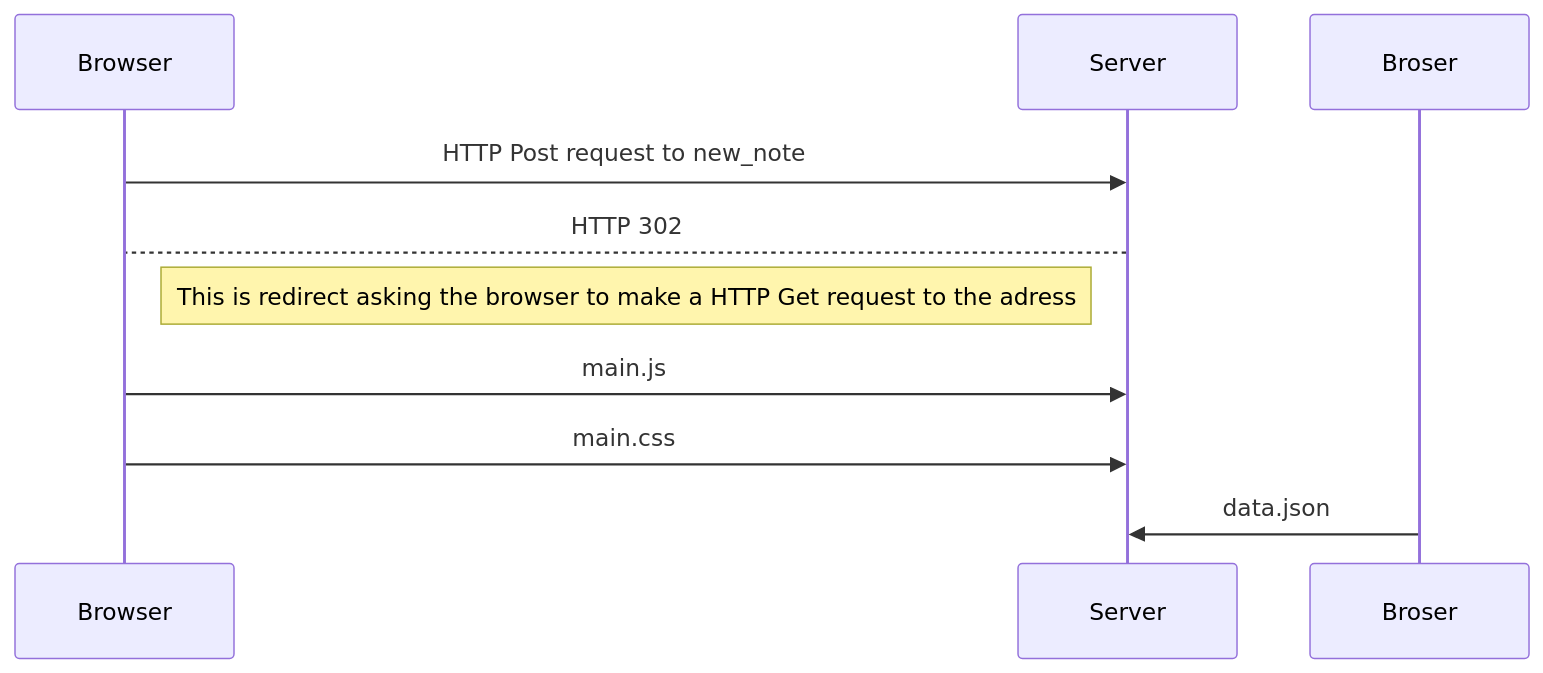
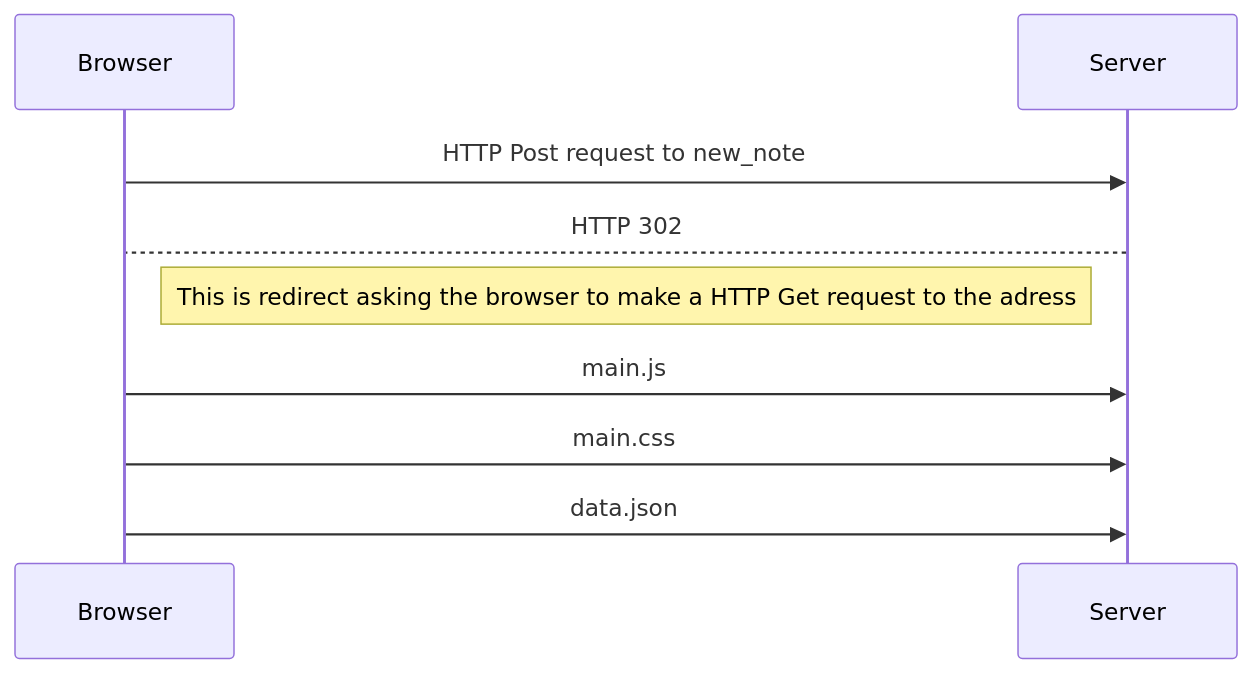
One commit to Bazax/FullstackSubmissions changed the diagram in part0/0.4:new note diagram.md. Above: the diagram before and after it, drawn with Mermaid.

Commit message:
Update 0.4:new note diagram.md

````diff
--- a/part0/0.4:new note diagram.md
+++ b/part0/0.4:new note diagram.md
@@ -2,10 +2,10 @@
 ```mermaid
 sequenceDiagram
     Browser->>Server: HTTP Post request to new_note
     Server-->Browser: HTTP 302
     Note right of Browser: This is redirect asking the browser to make a HTTP Get request to the adress
     Browser->>Server: main.js
     Browser->>Server: main.css
-    Broser->>Server: data.json
+    Browser->>Server: data.json
 
 ```
````
